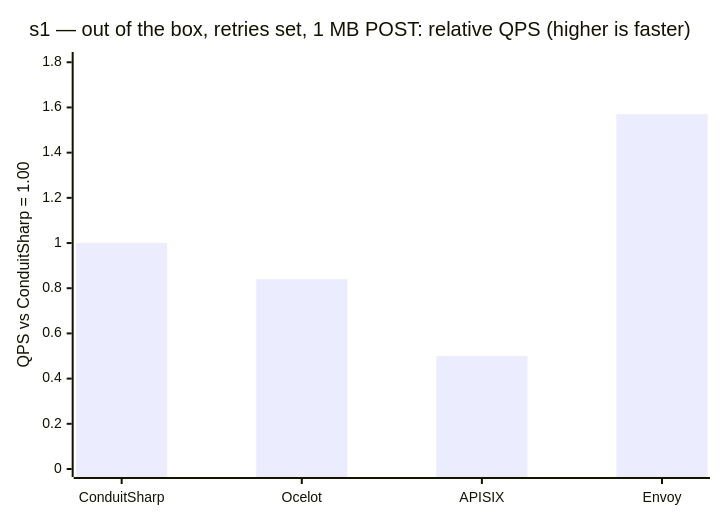
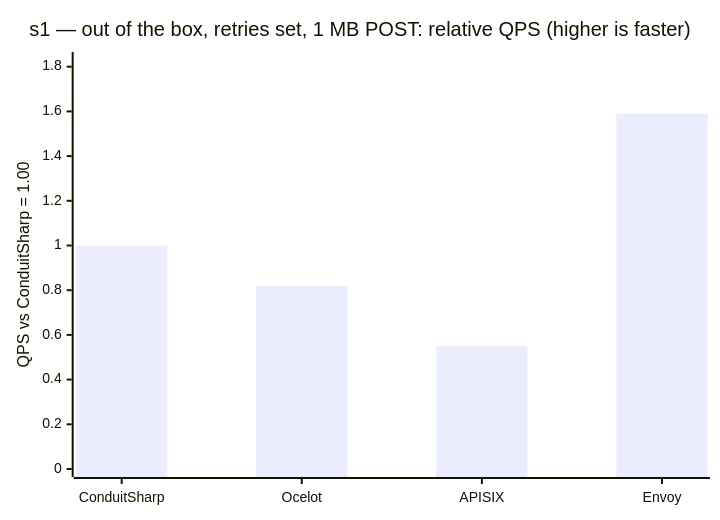
One commit to liqngliz/ConduitSharp changed the seventh of 8 diagrams in README.md. Above: the diagram before and after it, drawn with Mermaid. The commit also changed other lines of this file and 1 other file, not shown here.

````diff
--- a/README.md
+++ b/README.md
@@ -510,7 +510,7 @@
 ```mermaid
 xychart-beta
     title "s1 — out of the box, retries set, 1 MB POST: relative QPS (higher is faster)"
     x-axis ["ConduitSharp", "Ocelot", "APISIX", "Envoy"]
-    y-axis "QPS vs ConduitSharp = 1.00" 0 --> 1.81
-    bar [1.00, 0.84, 0.50, 1.57]
+    y-axis "QPS vs ConduitSharp = 1.00" 0 --> 1.83
+    bar [1.00, 0.82, 0.55, 1.59]
 ```
````
